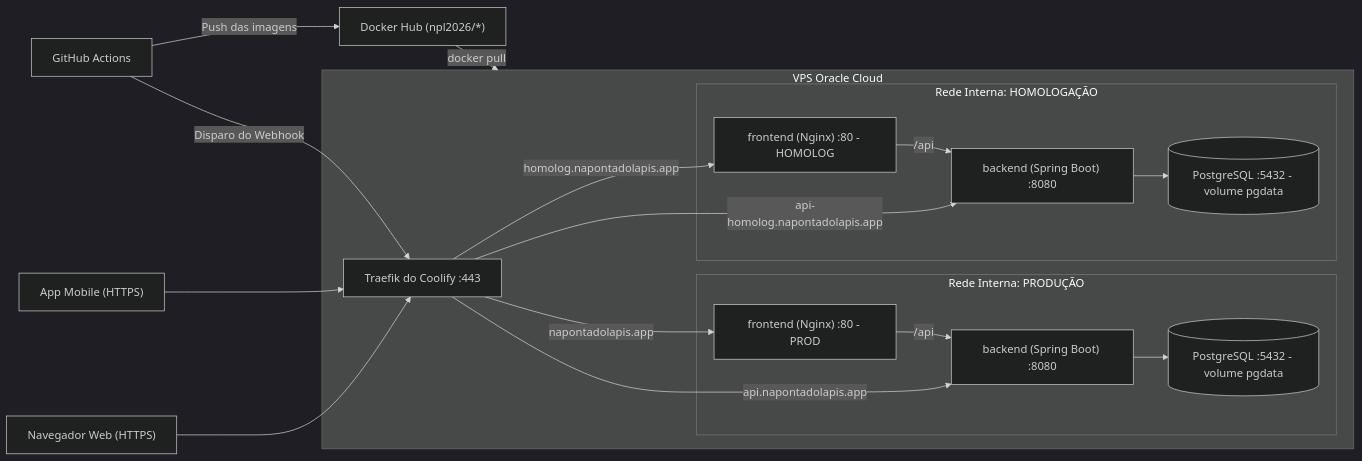
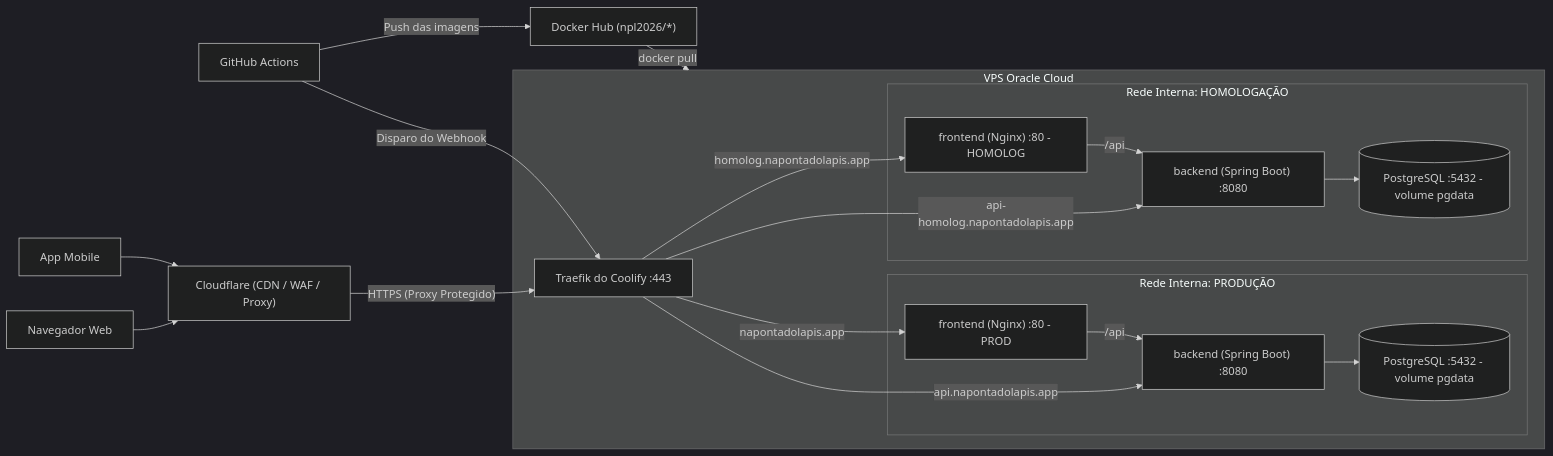
The first of 2 diagrams in deploy/README.md (tads-cnat/na-ponta-do-lapis), drawn with Mermaid (dark theme) before and after one commit. The commit also changed other lines of this file, not shown here.

Commit message:
docs(deploy): inclui cloudflare na arquitetura, no diagrama mermaid e nas notas de seguranca

````diff
--- a/deploy/README.md
+++ b/deploy/README.md
@@ -11,26 +11,28 @@
 ```mermaid
 flowchart LR
-    U["Navegador Web (HTTPS)"] --> T["Traefik do Coolify :443"]
-    M["App Mobile (HTTPS)"] --> T
+    U["Navegador Web"] --> CF["Cloudflare (CDN / WAF / Proxy)"]
+    M["App Mobile"] --> CF
+
+    CF -->|"HTTPS (Proxy Protegido)"| T["Traefik do Coolify :443"]
 
     subgraph VPS["VPS Oracle Cloud"]
       T -->|"napontadolapis.app"| FP["frontend (Nginx) :80 - PROD"]
       T -->|"api.napontadolapis.app"| BP
       T -->|"homolog.napontadolapis.app"| FH["frontend (Nginx) :80 - HOMOLOG"]
       T -->|"api-homolog.napontadolapis.app"| BH
 
       subgraph NP["Rede Interna: PRODUÇÃO"]
         FP -->|"/api"| BP["backend (Spring Boot) :8080"]
         BP --> DP[("PostgreSQL :5432 - volume pgdata")]
       end
 
       subgraph NH["Rede Interna: HOMOLOGAÇÃO"]
         FH -->|"/api"| BH["backend (Spring Boot) :8080"]
         BH --> DH[("PostgreSQL :5432 - volume pgdata")]
       end
     end
 
     GH["GitHub Actions"] -->|"Push das imagens"| DH2["Docker Hub (npl2026/*)"]
     GH -->|"Disparo do Webhook"| T
     DH2 -->|"docker pull"| VPS
 ```
````
